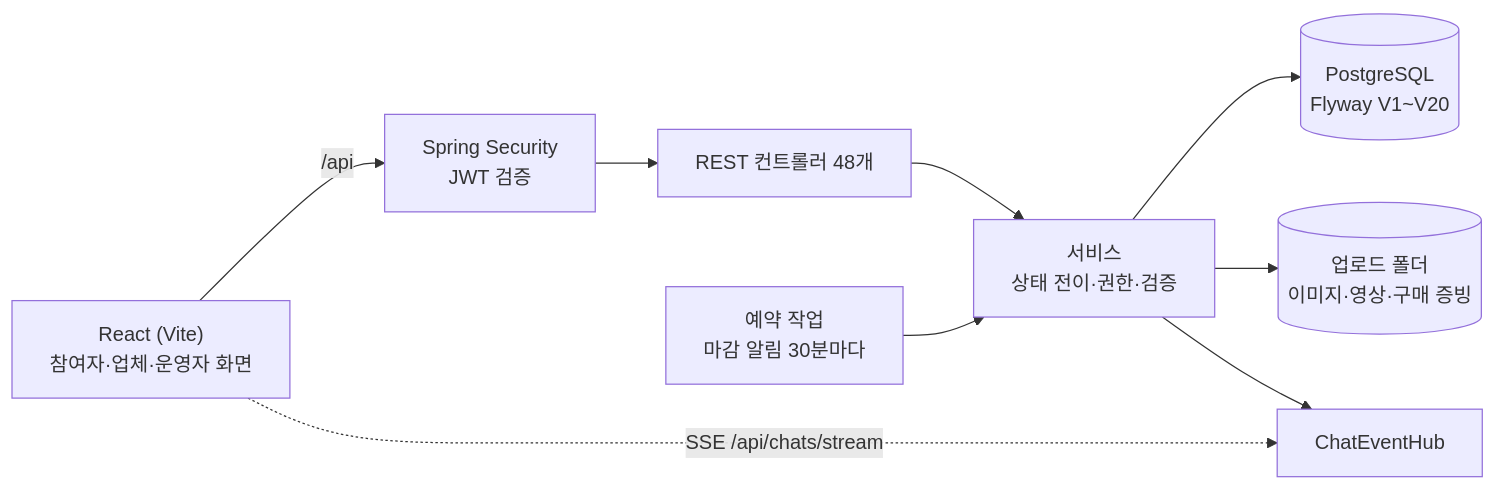
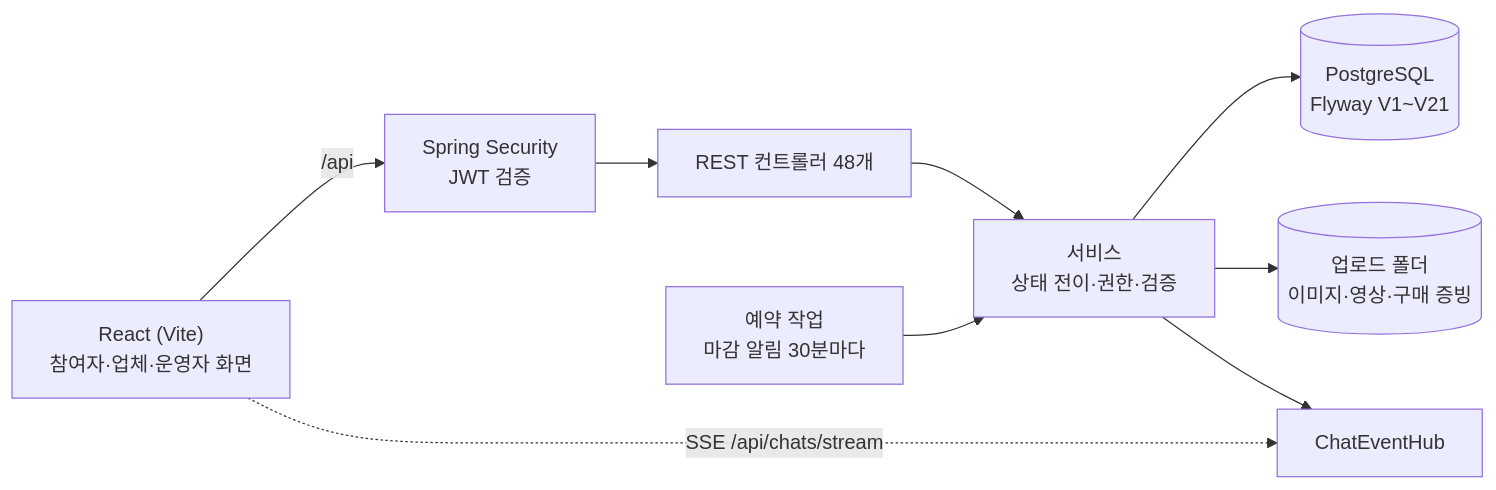
One commit to yoo-jin-k/movrit-backend changed the first of 2 diagrams in README.md. Above: the diagram before and after it, drawn with Mermaid. The commit also changed other lines of this file and 16 other files, not shown here.

````diff
--- a/README.md
+++ b/README.md
@@ -73,10 +73,10 @@
 ```mermaid
 flowchart LR
   FE["React (Vite)<br/>참여자·업체·운영자 화면"] -- "/api" --> SEC["Spring Security<br/>JWT 검증"]
   FE -. "SSE /api/chats/stream" .-> CHAT["ChatEventHub"]
   SEC --> API["REST 컨트롤러 48개"] --> SVC["서비스<br/>상태 전이·권한·검증"]
-  SVC --> DB[("PostgreSQL<br/>Flyway V1~V20")]
+  SVC --> DB[("PostgreSQL<br/>Flyway V1~V21")]
   SVC --> FS[("업로드 폴더<br/>이미지·영상·구매 증빙")]
   SVC --> CHAT
   JOB["예약 작업<br/>마감 알림 30분마다"] --> SVC
 ```
````
